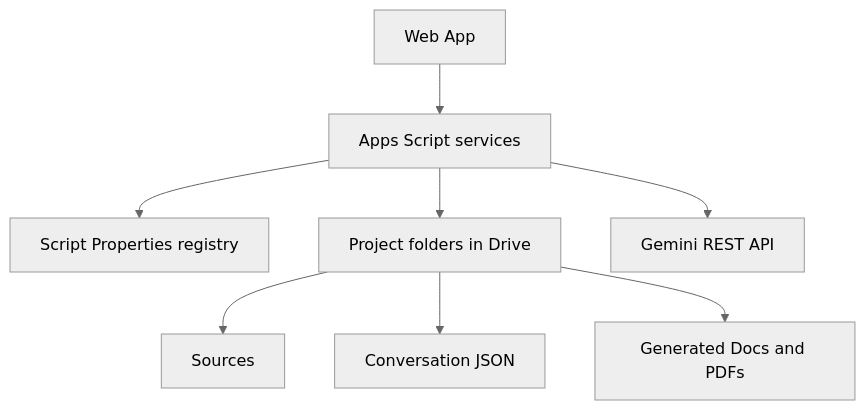
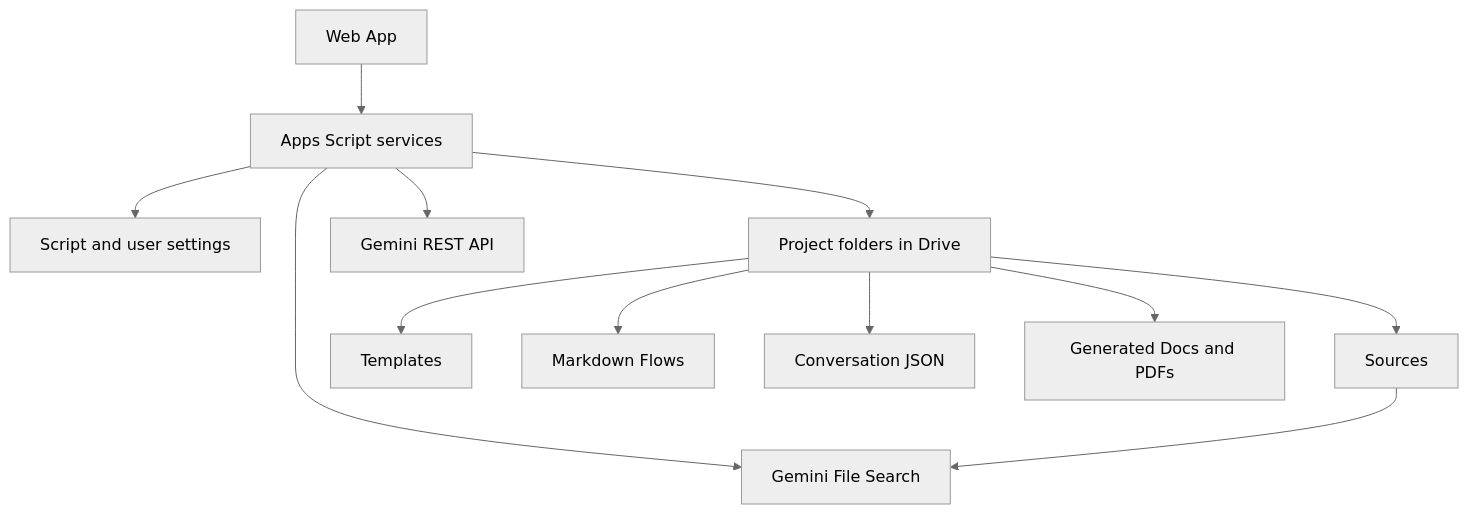
One commit to ChemicalProgrammer/AgentTemplate changed the diagram in ARCHITECTURE.md. Above: the diagram before and after it, drawn with Mermaid (neutral theme). The commit also changed other lines of this file and 10 other files, not shown here.

````diff
--- a/ARCHITECTURE.md
+++ b/ARCHITECTURE.md
@@ -5,10 +5,14 @@
 ```mermaid
 flowchart TD
   Browser[Web App] --> Apps[Apps Script services]
-  Apps --> Registry[Script Properties registry]
+  Apps --> Config[Script and user settings]
   Apps --> Drive[Project folders in Drive]
   Apps --> Gemini[Gemini REST API]
+  Apps --> Search[Gemini File Search]
   Drive --> Sources[Sources]
+  Drive --> Templates[Templates]
+  Drive --> Flows[Markdown Flows]
   Drive --> Chats[Conversation JSON]
   Drive --> Docs[Generated Docs and PDFs]
+  Sources --> Search
 ```
````
